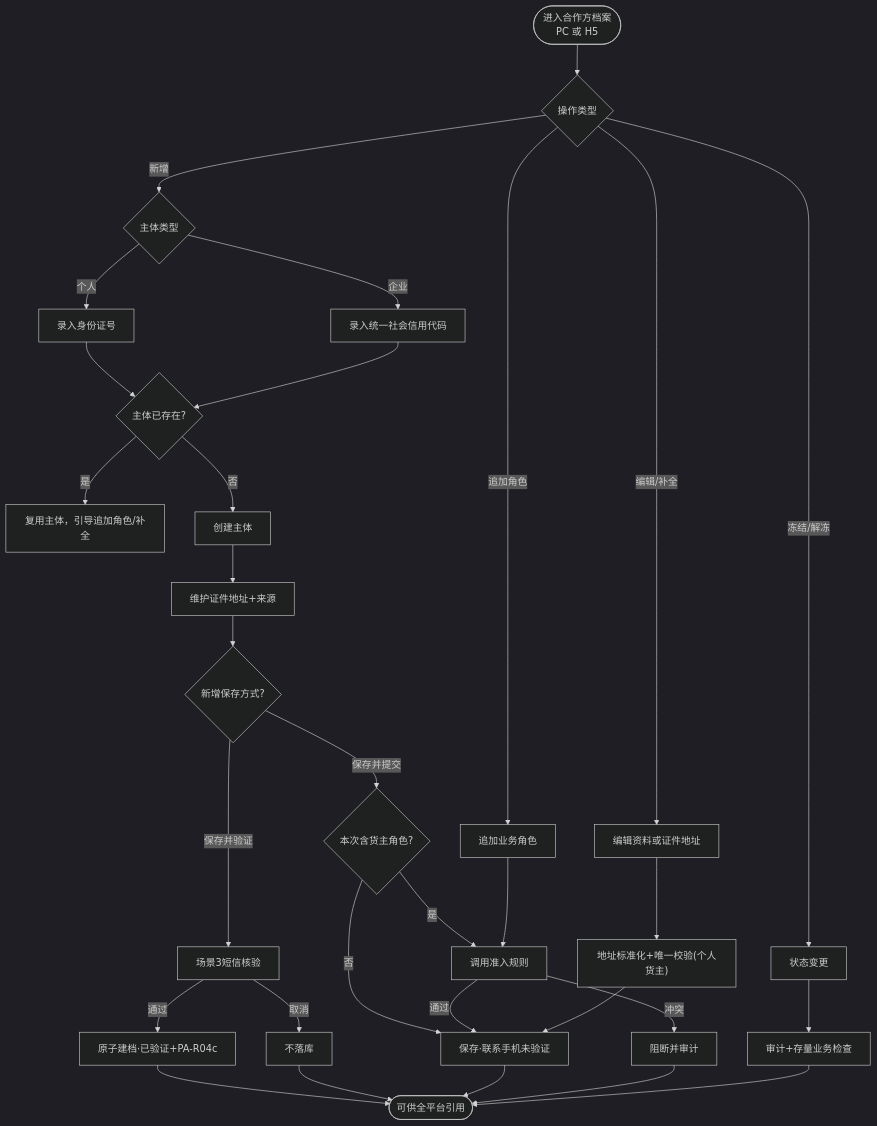
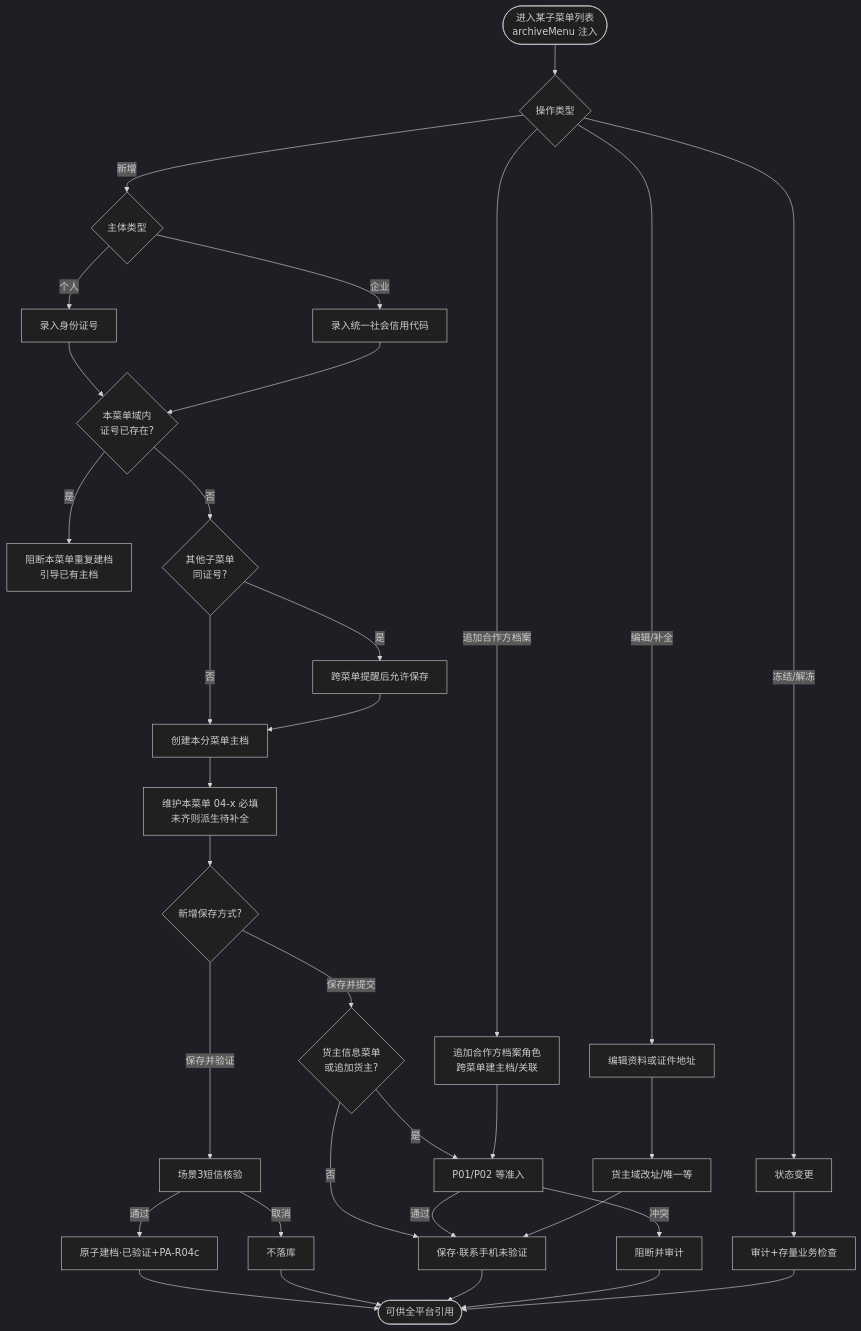
One commit to RobertHuang999/SYZC changed the second of 8 diagrams in 02-PRD文档/B-迭代需求/6.3版本（2026.09）/04-合作方档案/合作方档案-业务流程推演.md. Above: the diagram before and after it, drawn with Mermaid (dark theme). The commit also changed other lines of this file and 163 other files, not shown here.

````diff
--- a/02-PRD文档/B-迭代需求/6.3版本（2026.09）/04-合作方档案/合作方档案-业务流程推演.md
+++ b/02-PRD文档/B-迭代需求/6.3版本（2026.09）/04-合作方档案/合作方档案-业务流程推演.md
@@ -47,35 +47,38 @@
 ```mermaid
 flowchart TD
-    Start(["进入合作方档案<br/>PC 或 H5"]) --> Action{"操作类型"}
+    Start(["进入某子菜单列表<br/>archiveMenu 注入"]) --> Action{"操作类型"}
     Action -->|新增| Type{"主体类型"}
     Action -->|编辑/补全| Edit["编辑资料或证件地址"]
-    Action -->|追加角色| RoleAdd["追加业务角色"]
+    Action -->|追加合作方档案| RoleAdd["追加合作方档案角色<br/>跨菜单建主档/关联"]
     Action -->|冻结/解冻| Status["状态变更"]
 
     Type -->|个人| P1["录入身份证号"]
     Type -->|企业| E1["录入统一社会信用代码"]
-    P1 --> Exist{"主体已存在?"}
+    P1 --> Exist{"本菜单域内<br/>证号已存在?"}
     E1 --> Exist
-    Exist -->|是| Reuse["复用主体，引导追加角色/补全"]
-    Exist -->|否| Create["创建主体"]
-    Create --> Addr["维护证件地址+来源"]
+    Exist -->|是| Reuse["阻断本菜单重复建档<br/>引导已有主档"]
+    Exist -->|否| Cross{"其他子菜单<br/>同证号?"}
+    Cross -->|是| Remind["跨菜单提醒后允许保存"]
+    Cross -->|否| Create["创建本分菜单主档"]
+    Remind --> Create
+    Create --> Addr["维护本菜单 04-x 必填<br/>未齐则派生待补全"]
     Addr --> SaveChoice{"新增保存方式?"}
-    SaveChoice -->|保存并提交| RoleCheck{"本次含货主角色?"}
+    SaveChoice -->|保存并提交| RoleCheck{"货主信息菜单<br/>或追加货主?"}
     SaveChoice -->|保存并验证| SMS3["场景3短信核验"]
     SMS3 -->|通过| SaveVerified["原子建档·已验证+PA-R04c"]
     SMS3 -->|取消| CancelCreate["不落库"]
-    RoleCheck -->|是| Rule["调用准入规则"]
+    RoleCheck -->|是| Rule["P01/P02 等准入"]
     RoleCheck -->|否| Save["保存·联系手机未验证"]
     Rule -->|冲突| Block["阻断并审计"]
     Rule -->|通过| Save
     SaveVerified --> End
     CancelCreate --> End
 
-    Edit --> AddrRule["地址标准化+唯一校验(个人货主)"]
+    Edit --> AddrRule["货主域改址/唯一等"]
     AddrRule --> Save
     RoleAdd --> Rule
     Status --> Audit["审计+存量业务检查"]
     Save --> End(["可供全平台引用"])
     Block --> End
     Audit --> End
 ```
````
